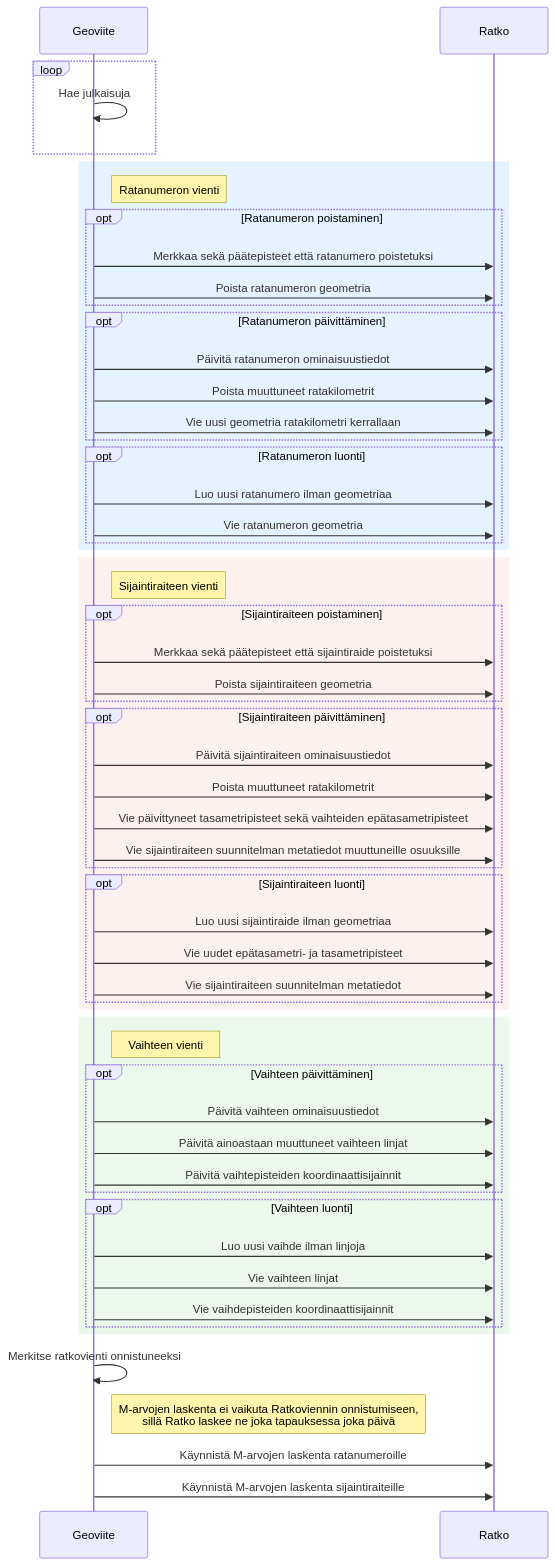
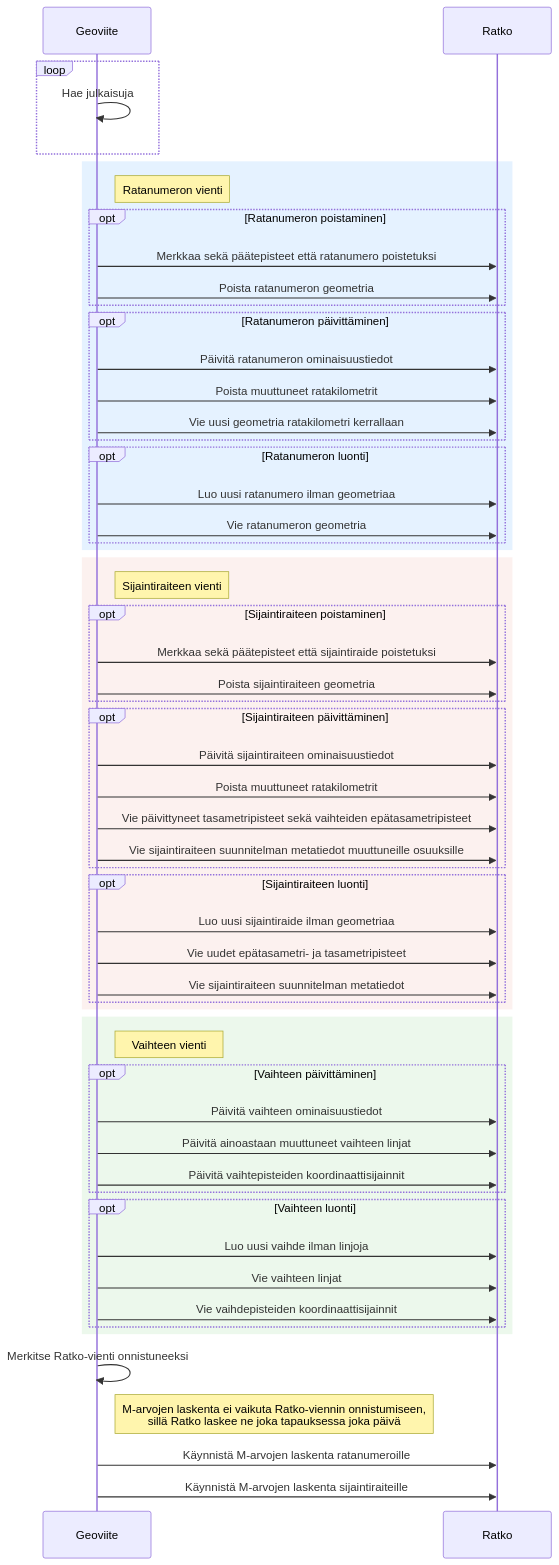
One commit to finnishtransportagency/geoviite changed the first of 2 diagrams in doc/ratkovienti.md. Above: the diagram before and after it, drawn with Mermaid. The commit also changed other lines of this file and 4 other files, not shown here.

````diff
--- a/doc/ratkovienti.md
+++ b/doc/ratkovienti.md
@@ -15,59 +15,59 @@
 ```mermaid
 sequenceDiagram
   participant g as Geoviite
   participant r as Ratko
   loop
     g ->> g: Hae julkaisuja
   end
   rect rgba(3, 129, 255, 0.1)
     note right of g: Ratanumeron vienti
     opt Ratanumeron poistaminen
       g ->> r: Merkkaa sekä päätepisteet että ratanumero poistetuksi
       g ->> r: Poista ratanumeron geometria
     end
     opt Ratanumeron päivittäminen
       g ->> r: Päivitä ratanumeron ominaisuustiedot
       g ->> r: Poista muuttuneet ratakilometrit
       g ->> r: Vie uusi geometria ratakilometri kerrallaan
     end
     opt Ratanumeron luonti
       g ->> r: Luo uusi ratanumero ilman geometriaa
       g ->> r: Vie ratanumeron geometria
     end
   end
   rect rgba(224, 119, 100, 0.1)
     note right of g: Sijaintiraiteen vienti
     opt Sijaintiraiteen poistaminen
       g ->> r: Merkkaa sekä päätepisteet että sijaintiraide poistetuksi
       g ->> r: Poista sijaintiraiteen geometria
     end
     opt Sijaintiraiteen päivittäminen
       g ->> r: Päivitä sijaintiraiteen ominaisuustiedot
       g ->> r: Poista muuttuneet ratakilometrit
       g ->> r: Vie päivittyneet tasametripisteet sekä vaihteiden epätasametripisteet
       g ->> r: Vie sijaintiraiteen suunnitelman metatiedot muuttuneille osuuksille
     end
     opt Sijaintiraiteen luonti
       g ->> r: Luo uusi sijaintiraide ilman geometriaa
       g ->> r: Vie uudet epätasametri- ja tasametripisteet
       g ->> r: Vie sijaintiraiteen suunnitelman metatiedot
     end
   end
   rect rgba(74, 188, 74, 0.1)
     note right of g: Vaihteen vienti
     opt Vaihteen päivittäminen
       g ->> r: Päivitä vaihteen ominaisuustiedot
       g ->> r: Päivitä ainoastaan muuttuneet vaihteen linjat
       g ->> r: Päivitä vaihtepisteiden koordinaattisijainnit
     end
     opt Vaihteen luonti
       g ->> r: Luo uusi vaihde ilman linjoja
       g ->> r: Vie vaihteen linjat
       g ->> r: Vie vaihdepisteiden koordinaattisijainnit
     end
   end
-  g ->> g: Merkitse ratkovienti onnistuneeksi
-  note right of g: M-arvojen laskenta ei vaikuta Ratkoviennin onnistumiseen, <br> sillä Ratko laskee ne joka tapauksessa joka päivä
+  g ->> g: Merkitse Ratko-vienti onnistuneeksi
+  note right of g: M-arvojen laskenta ei vaikuta Ratko-viennin onnistumiseen, <br> sillä Ratko laskee ne joka tapauksessa joka päivä
   g ->> r: Käynnistä M-arvojen laskenta ratanumeroille
   g ->> r: Käynnistä M-arvojen laskenta sijaintiraiteille
 ```
````
